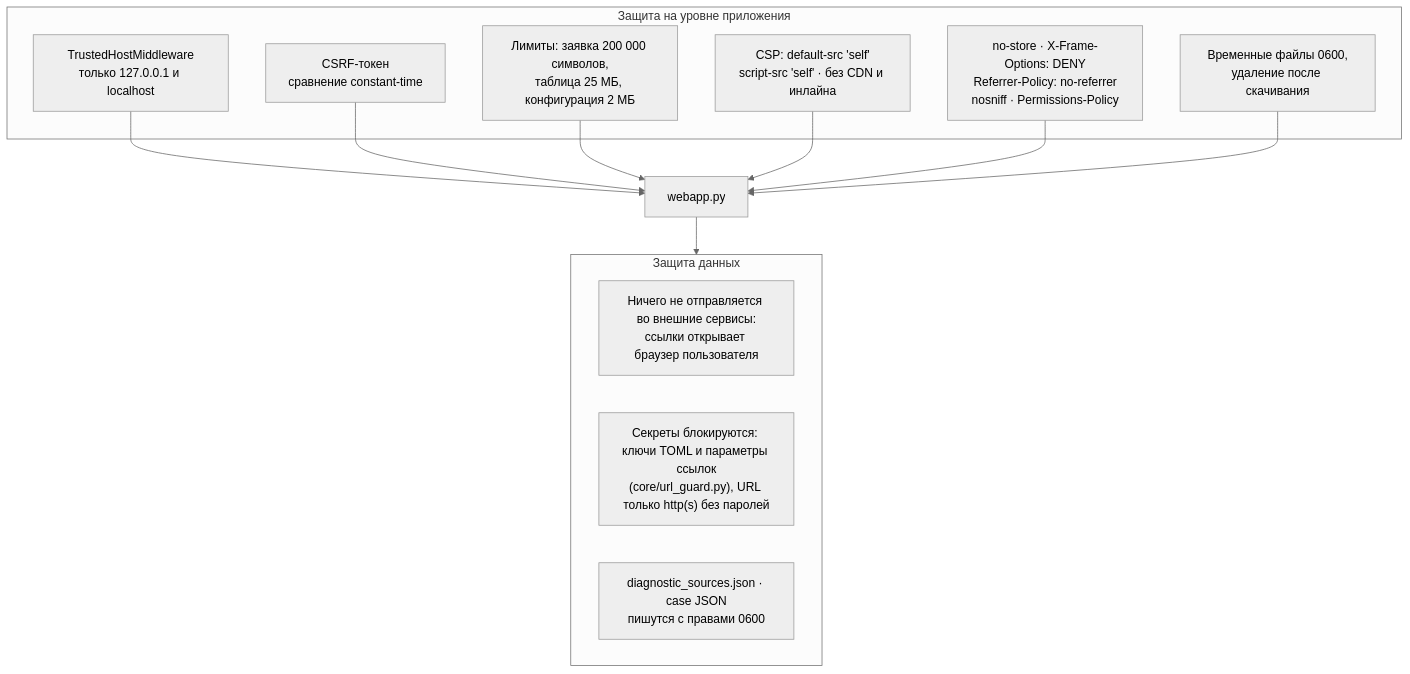
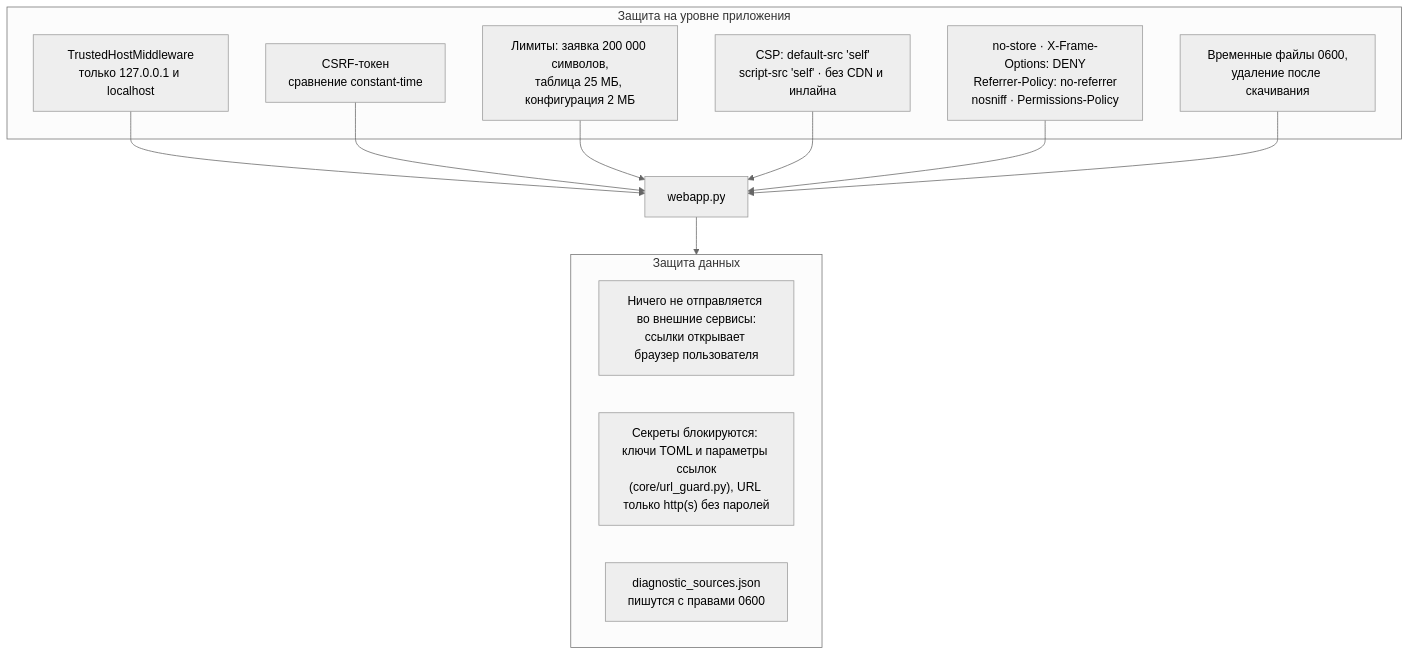
Diagram 11 of 12 in docs/ARCHITECTURE.md (shifter1710/l2tool), drawn with Mermaid (neutral theme) before and after one commit. The commit also changed other lines of this file and 9 other files, not shown here.

````diff
--- a/docs/ARCHITECTURE.md
+++ b/docs/ARCHITECTURE.md
@@ -495,25 +488,25 @@
 ```mermaid
 flowchart TB
     subgraph guard["Защита на уровне приложения"]
         host["TrustedHostMiddleware<br/>только 127.0.0.1 и localhost"]
         csrf["CSRF-токен<br/>сравнение constant-time"]
         limits["Лимиты: заявка 200 000 символов,<br/>таблица 25 МБ, конфигурация 2 МБ"]
         csp["CSP: default-src 'self'<br/>script-src 'self' · без CDN и инлайна"]
         headers["no-store · X-Frame-Options: DENY<br/>Referrer-Policy: no-referrer<br/>nosniff · Permissions-Policy"]
         tmp["Временные файлы 0600,<br/>удаление после скачивания"]
     end
 
     subgraph data["Защита данных"]
         local["Ничего не отправляется во внешние сервисы:<br/>ссылки открывает браузер пользователя"]
         secrets["Секреты блокируются: ключи TOML и параметры ссылок<br/>(core/url_guard.py), URL только http(s) без паролей"]
-        perms["diagnostic_sources.json · case JSON<br/>пишутся с правами 0600"]
+        perms["diagnostic_sources.json<br/>пишутся с правами 0600"]
     end
 
     host --> webapp3["webapp.py"]
     csrf --> webapp3
     limits --> webapp3
     csp --> webapp3
     headers --> webapp3
     tmp --> webapp3
     webapp3 --> data
 ```
````
